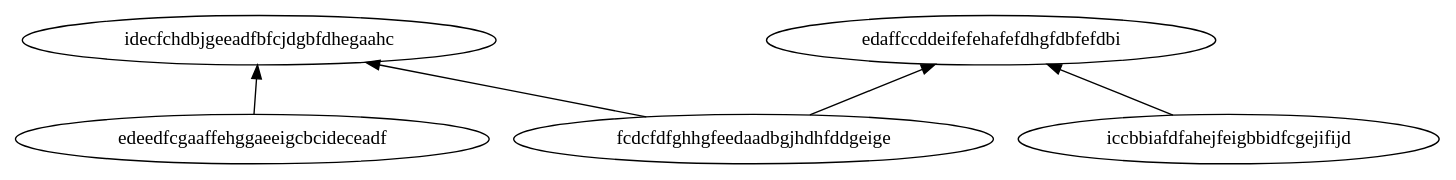
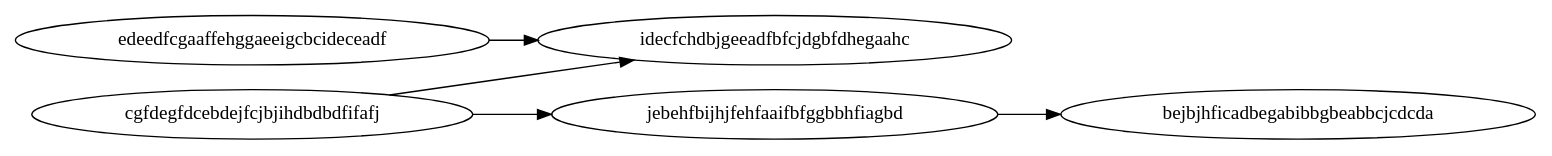
One commit to qreal/qreal changed the diagram in qrgui/dotFiles/graph1.dot. Above: the diagram before and after it, drawn with Graphviz. The commit also changed 11 other files, not shown here.

```diff
--- a/qrgui/dotFiles/graph1.dot
+++ b/qrgui/dotFiles/graph1.dot
@@ -1,7 +1,7 @@
 digraph G { 
-rankdir=BT; 
+rankdir=LR; 
 edeedfcgaaffehggaeeigcbcideceadf -> idecfchdbjgeeadfbfcjdgbfdhegaahc;
-iccbbiafdfahejfeigbbidfcgejifijd -> edaffccddeifefehafefdhgfdbfefdbi;
-fcdcfdfghhgfeedaadbgjhdhfddgeige -> edaffccddeifefehafefdhgfdbfefdbi;
-fcdcfdfghhgfeedaadbgjhdhfddgeige -> idecfchdbjgeeadfbfcjdgbfdhegaahc;
+cgfdegfdcebdejfcjbjihdbdbdfifafj -> idecfchdbjgeeadfbfcjdgbfdhegaahc;
+cgfdegfdcebdejfcjbjihdbdbdfifafj -> jebehfbijhjfehfaaifbfggbbhfiagbd;
+jebehfbijhjfehfaaifbfggbbhfiagbd -> bejbjhficadbegabibbgbeabbcjcdcda;
 }
```
